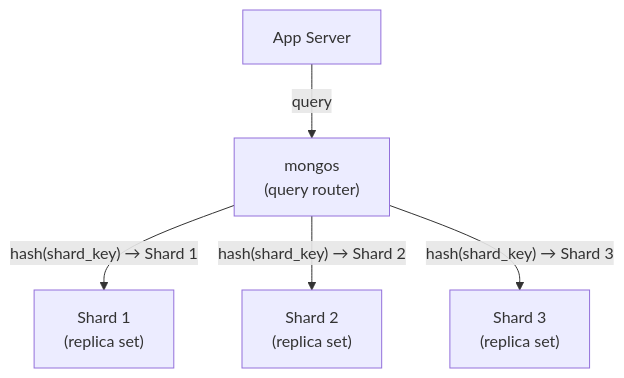
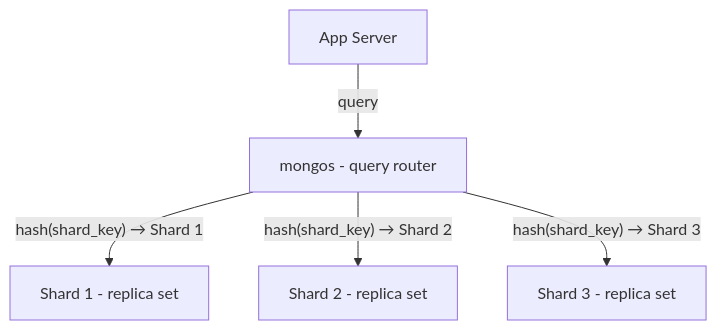
The second of 2 diagrams in System Design/06-Storage-and-Databases/10-Document-Stores/01-MongoDB/04-Replication-and-Sharding.md (Dummy-Bug/system-design-handbook), drawn with Mermaid before and after one commit. The commit also changed 30 other files, not shown here.

````diff
--- a/System Design/06-Storage-and-Databases/10-Document-Stores/01-MongoDB/04-Replication-and-Sharding.md
+++ b/System Design/06-Storage-and-Databases/10-Document-Stores/01-MongoDB/04-Replication-and-Sharding.md
@@ -66,8 +66,8 @@
 ```mermaid
 graph TD
     App["App Server"]
-    App -->|"query"| Mongos["mongos\n(query router)"]
-    Mongos -->|"hash(shard_key) → Shard 1"| Shard1["Shard 1\n(replica set)"]
-    Mongos -->|"hash(shard_key) → Shard 2"| Shard2["Shard 2\n(replica set)"]
-    Mongos -->|"hash(shard_key) → Shard 3"| Shard3["Shard 3\n(replica set)"]
+    App -->|"query"| Mongos["mongos - query router"]
+    Mongos -->|"hash(shard_key) → Shard 1"| Shard1["Shard 1 - replica set"]
+    Mongos -->|"hash(shard_key) → Shard 2"| Shard2["Shard 2 - replica set"]
+    Mongos -->|"hash(shard_key) → Shard 3"| Shard3["Shard 3 - replica set"]
 ```
````
